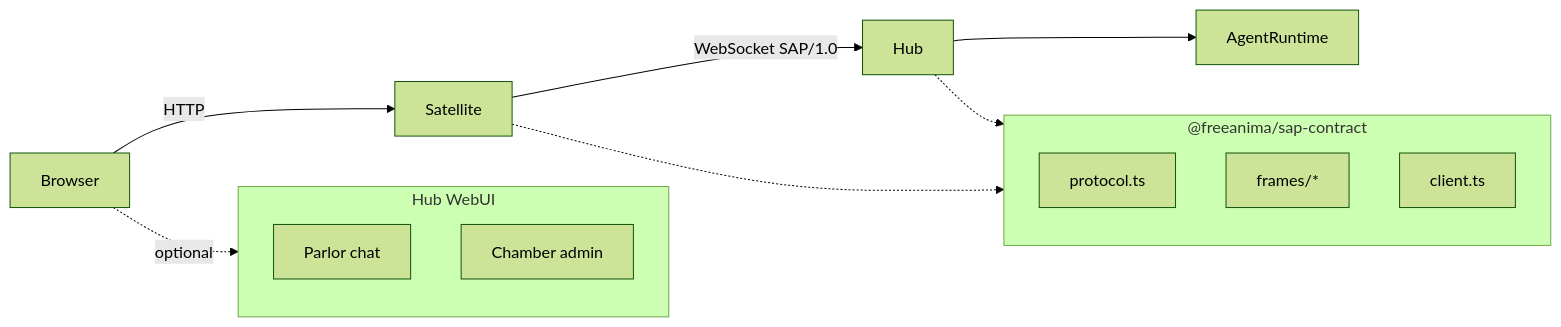
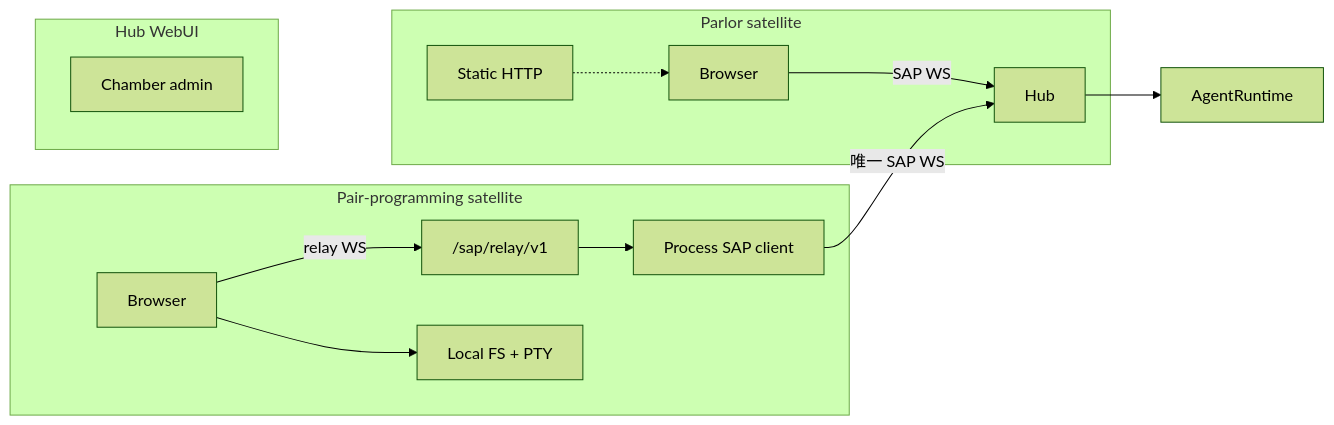
Before and after one commit to freeanima-org/freeanima: the first of 2 diagrams in docs/sap/overview.md, drawn with Mermaid (forest theme). The commit also changed other lines of this file and 24 other files, not shown here.

First line of the commit message:
feat(sap): 结对编程 relay 单 Hub WS 与卫星侧 PTY/工具

````diff
--- a/docs/sap/overview.md
+++ b/docs/sap/overview.md
@@ -19,18 +20,17 @@
 ```mermaid
 flowchart LR
-  Browser -->|HTTP| Satellite
-  Satellite -->|WebSocket SAP/1.0| Hub
+  subgraph parlor [Parlor satellite]
+    B1[Browser] -->|SAP WS| Hub
+    P1[Static HTTP] -.-> B1
+  end
+  subgraph ppy [Pair-programming satellite]
+    B2[Browser] -->|relay WS| Relay["/sap/relay/v1"]
+    Relay --> Proc[Process SAP client]
+    Proc -->|唯一 SAP WS| Hub
+    B2 --> Local[Local FS + PTY]
+  end
   Hub --> Runtime[AgentRuntime]
   subgraph hubWebUI [Hub WebUI]
-    Parlor[Parlor chat]
     Chamber[Chamber admin]
   end
-  Browser -.->|optional| hubWebUI
-  subgraph sapContract ["@freeanima/sap-contract"]
-    Protocol[protocol.ts]
-    Frames[frames/*]
-    Client[client.ts]
-  end
-  Satellite -.-> sapContract
-  Hub -.-> sapContract
 ```
````
